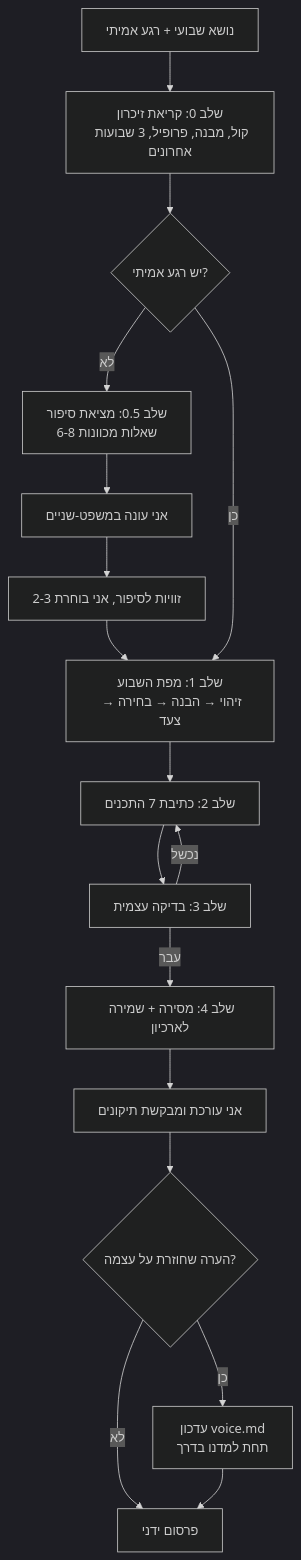
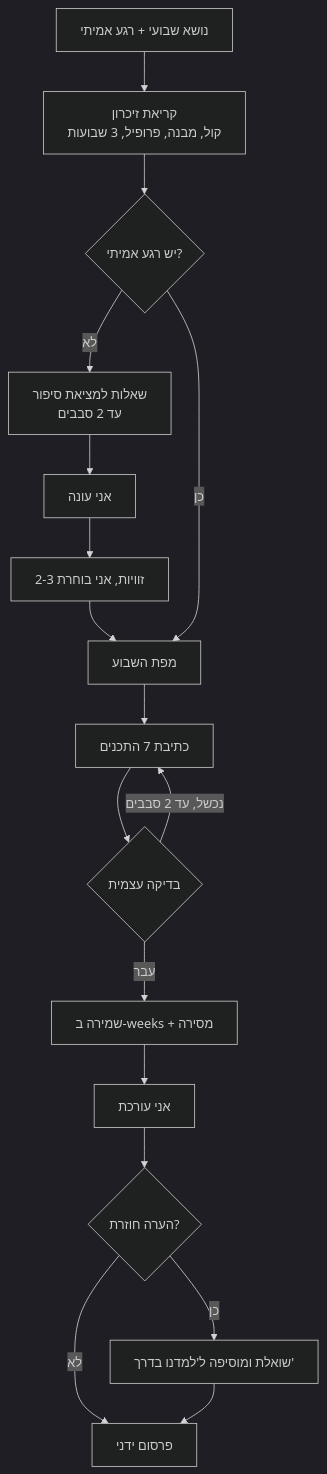
One commit to efrathattav-cloud/bocharot-beometz-agent changed the first of 2 diagrams in SPEC.md. Above: the diagram before and after it, drawn with Mermaid (dark theme). The commit also changed other lines of this file and 2 other files, not shown here.

````diff
--- a/SPEC.md
+++ b/SPEC.md
@@ -90,19 +187,19 @@
 ```mermaid
 flowchart TD
-    A[נושא שבועי + רגע אמיתי] --> B[שלב 0: קריאת זיכרון<br/>קול, מבנה, פרופיל, 3 שבועות אחרונים]
+    A[נושא שבועי + רגע אמיתי] --> B[קריאת זיכרון<br/>קול, מבנה, פרופיל, 3 שבועות]
     B --> C{יש רגע אמיתי?}
-    C -- לא --> D[שלב 0.5: מציאת סיפור<br/>6-8 שאלות מכוונות]
-    D --> E[אני עונה במשפט-שניים]
-    E --> F[2-3 זוויות לסיפור, אני בוחרת]
+    C -- לא --> D[שאלות למציאת סיפור<br/>עד 2 סבבים]
+    D --> E[אני עונה]
+    E --> F[2-3 זוויות, אני בוחרת]
     F --> G
-    C -- כן --> G[שלב 1: מפת השבוע<br/>זיהוי → הבנה → בחירה → צעד]
-    G --> H[שלב 2: כתיבת 7 התכנים]
-    H --> I[שלב 3: בדיקה עצמית]
-    I -- נכשל --> H
-    I -- עבר --> J[שלב 4: מסירה + שמירה לארכיון]
-    J --> K[אני עורכת ומבקשת תיקונים]
-    K --> L{הערה שחוזרת על עצמה?}
-    L -- כן --> M[עדכון voice.md<br/>תחת למדנו בדרך]
+    C -- כן --> G[מפת השבוע]
+    G --> H[כתיבת 7 התכנים]
+    H --> I{בדיקה עצמית}
+    I -- נכשל, עד 2 סבבים --> H
+    I -- עבר --> J[שמירה ב-weeks + מסירה]
+    J --> K[אני עורכת]
+    K --> L{הערה חוזרת?}
+    L -- כן --> M[שואלת ומוסיפה ל'למדנו בדרך']
     L -- לא --> N[פרסום ידני]
     M --> N
 ```
````
